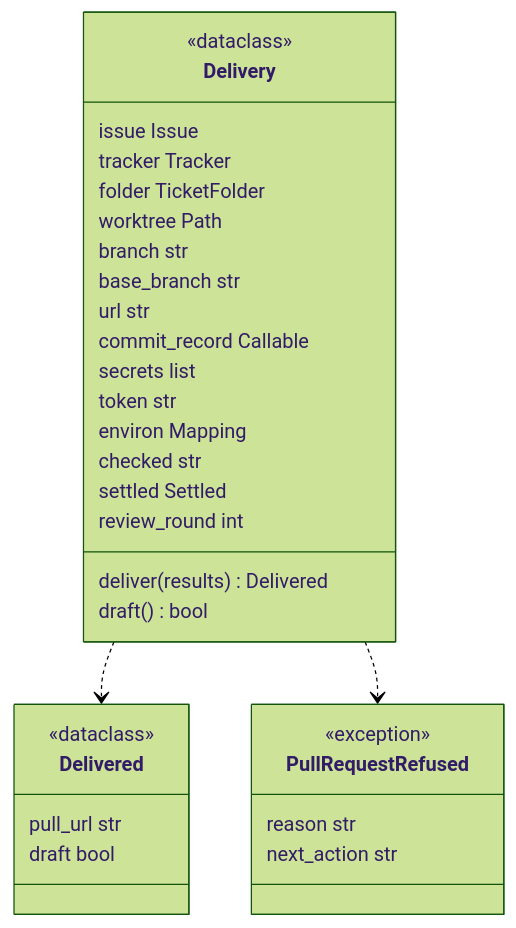
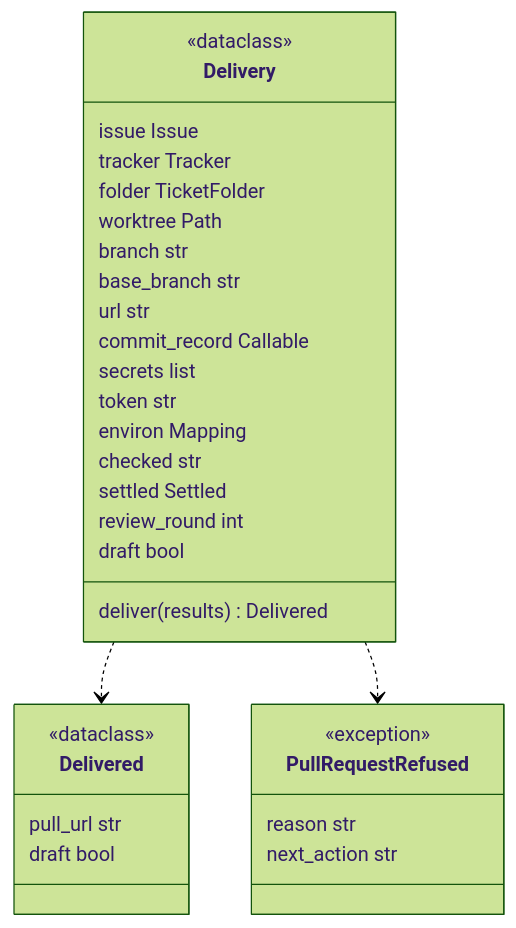
Before and after one commit to plaplanche/ariane: the second of 3 diagrams in docs/architecture/modules/delivery.md, drawn with Mermaid (forest theme). The commit also changed other lines of this file and 3 other files, not shown here.

````diff
--- a/docs/architecture/modules/delivery.md
+++ b/docs/architecture/modules/delivery.md
@@ -39,34 +41,34 @@
 ```mermaid
 classDiagram
 class Delivery {
   <<dataclass>>
   issue Issue
   tracker Tracker
   folder TicketFolder
   worktree Path
   branch str
   base_branch str
   url str
   commit_record Callable
   secrets list
   token str
   environ Mapping
   checked str
   settled Settled
   review_round int
   deliver(results) Delivered
-  draft() bool
+  draft bool
 }
 class Delivered {
   <<dataclass>>
   pull_url str
   draft bool
 }
 class PullRequestRefused {
   <<exception>>
   reason str
   next_action str
 }
 Delivery ..> Delivered
 Delivery ..> PullRequestRefused
 ```
````
